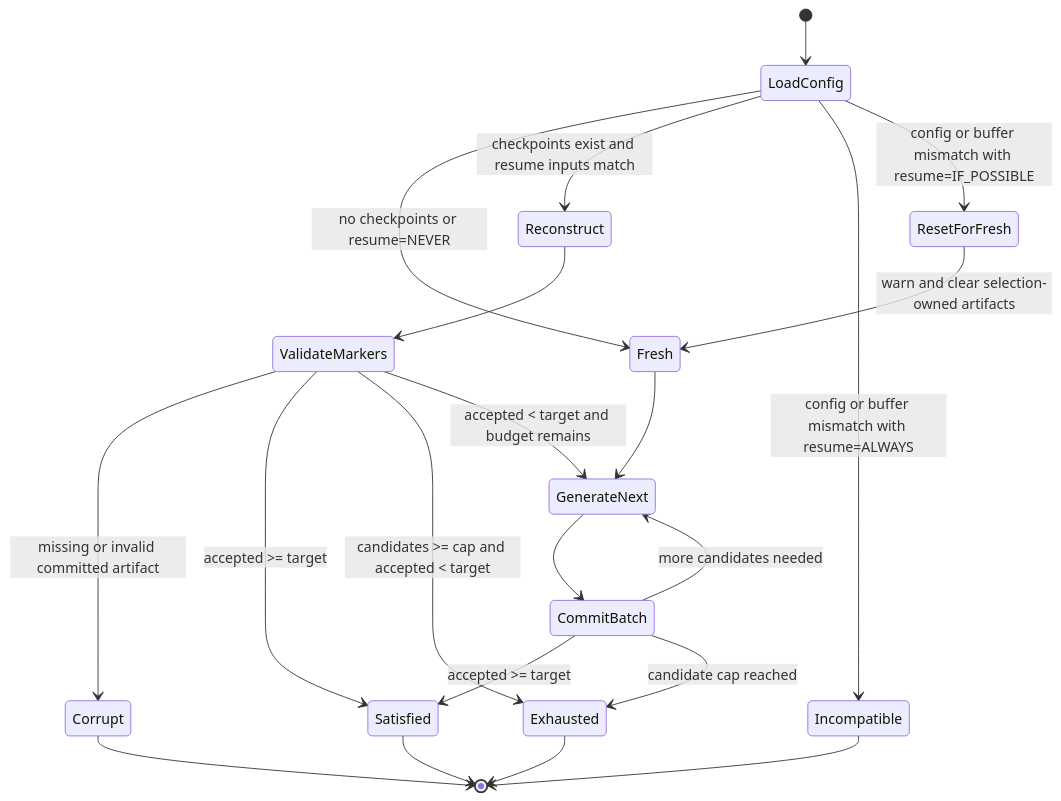
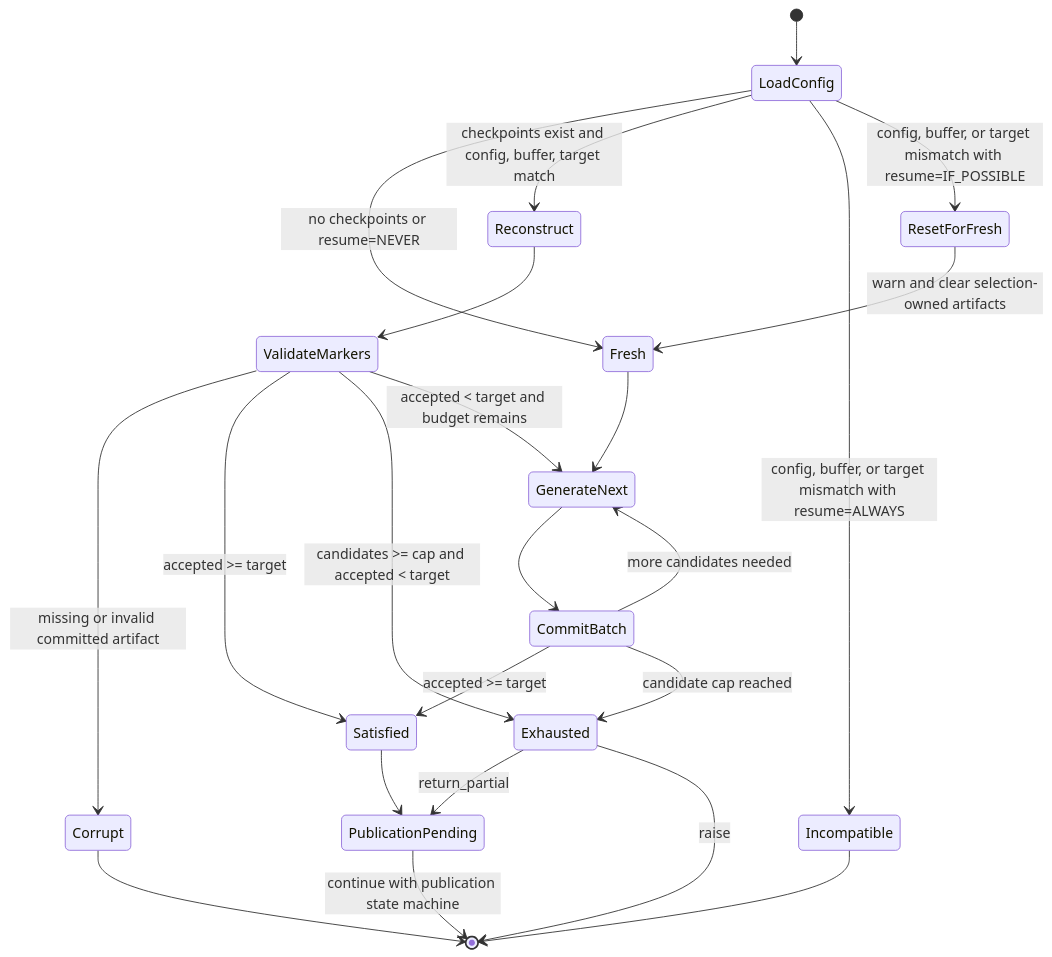
Before and after one commit to NVIDIA-NeMo/DataDesigner: the seventh of 7 diagrams in plans/790/engine-native-record-selection.md, drawn with Mermaid. The commit also changed other lines of this file, not shown here.

````diff
--- a/plans/790/engine-native-record-selection.md
+++ b/plans/790/engine-native-record-selection.md
@@ -715,26 +768,28 @@
 ```mermaid
 stateDiagram-v2
     [*] --> LoadConfig
     LoadConfig --> Fresh: no checkpoints or resume=NEVER
-    LoadConfig --> Reconstruct: checkpoints exist and resume inputs match
-    LoadConfig --> Incompatible: config or buffer mismatch with resume=ALWAYS
-    LoadConfig --> ResetForFresh: config or buffer mismatch with resume=IF_POSSIBLE
+    LoadConfig --> Reconstruct: checkpoints exist and config, buffer, target match
+    LoadConfig --> Incompatible: config, buffer, or target mismatch with resume=ALWAYS
+    LoadConfig --> ResetForFresh: config, buffer, or target mismatch with resume=IF_POSSIBLE
     ResetForFresh --> Fresh: warn and clear selection-owned artifacts
 
     Reconstruct --> ValidateMarkers
     ValidateMarkers --> Corrupt: missing or invalid committed artifact
     ValidateMarkers --> Satisfied: accepted >= target
     ValidateMarkers --> Exhausted: candidates >= cap and accepted < target
     ValidateMarkers --> GenerateNext: accepted < target and budget remains
 
     Fresh --> GenerateNext
     GenerateNext --> CommitBatch
     CommitBatch --> Satisfied: accepted >= target
     CommitBatch --> Exhausted: candidate cap reached
     CommitBatch --> GenerateNext: more candidates needed
 
-    Satisfied --> [*]
-    Exhausted --> [*]
+    Satisfied --> PublicationPending
+    Exhausted --> PublicationPending: return_partial
+    Exhausted --> [*]: raise
+    PublicationPending --> [*]: continue with publication state machine
     Incompatible --> [*]
     Corrupt --> [*]
 ```
````
